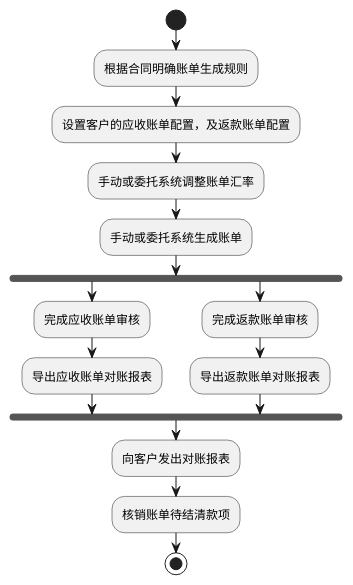
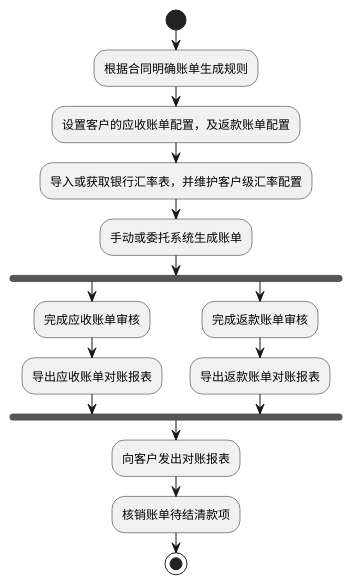
The first of 12 diagrams in product-caliber/bms/prd/财务系统.PRD.md (jack888332/projects-doc), drawn with PlantUML before and after one commit. The commit also changed other lines of this file and 1 other file, not shown here.

````diff
--- a/product-caliber/bms/prd/财务系统.PRD.md
+++ b/product-caliber/bms/prd/财务系统.PRD.md
@@ -152,19 +152,19 @@
 ```plantuml
 @startuml
 start
 :根据合同明确账单生成规则;
 :设置客户的应收账单配置，及返款账单配置;
-:手动或委托系统调整账单汇率;
+:导入或获取银行汇率表，并维护客户级汇率配置;
 :手动或委托系统生成账单;
 fork
   :完成应收账单审核;
   :导出应收账单对账报表;
 fork again
   :完成返款账单审核;
   :导出返款账单对账报表;
 end fork
 :向客户发出对账报表;
 :核销账单待结清款项;
 stop
 @enduml
 ```
````
